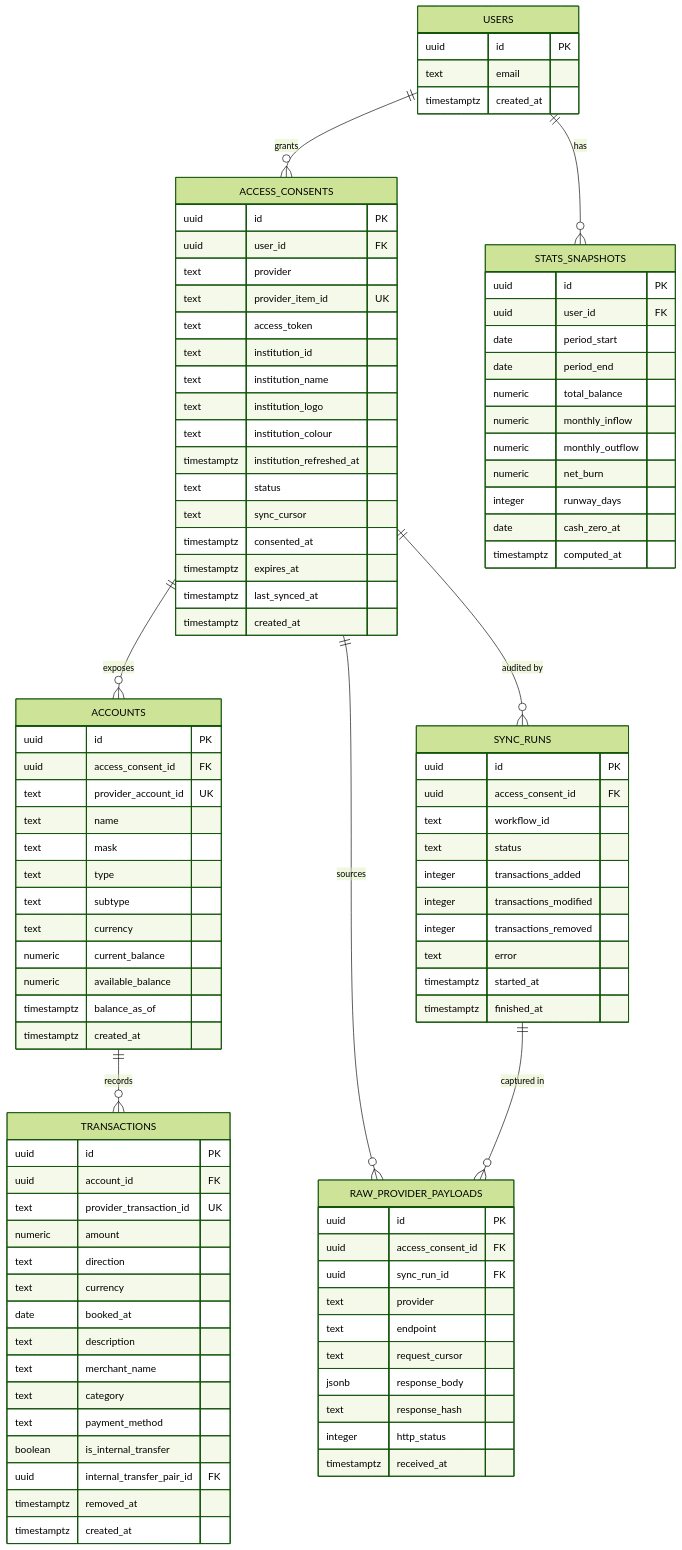
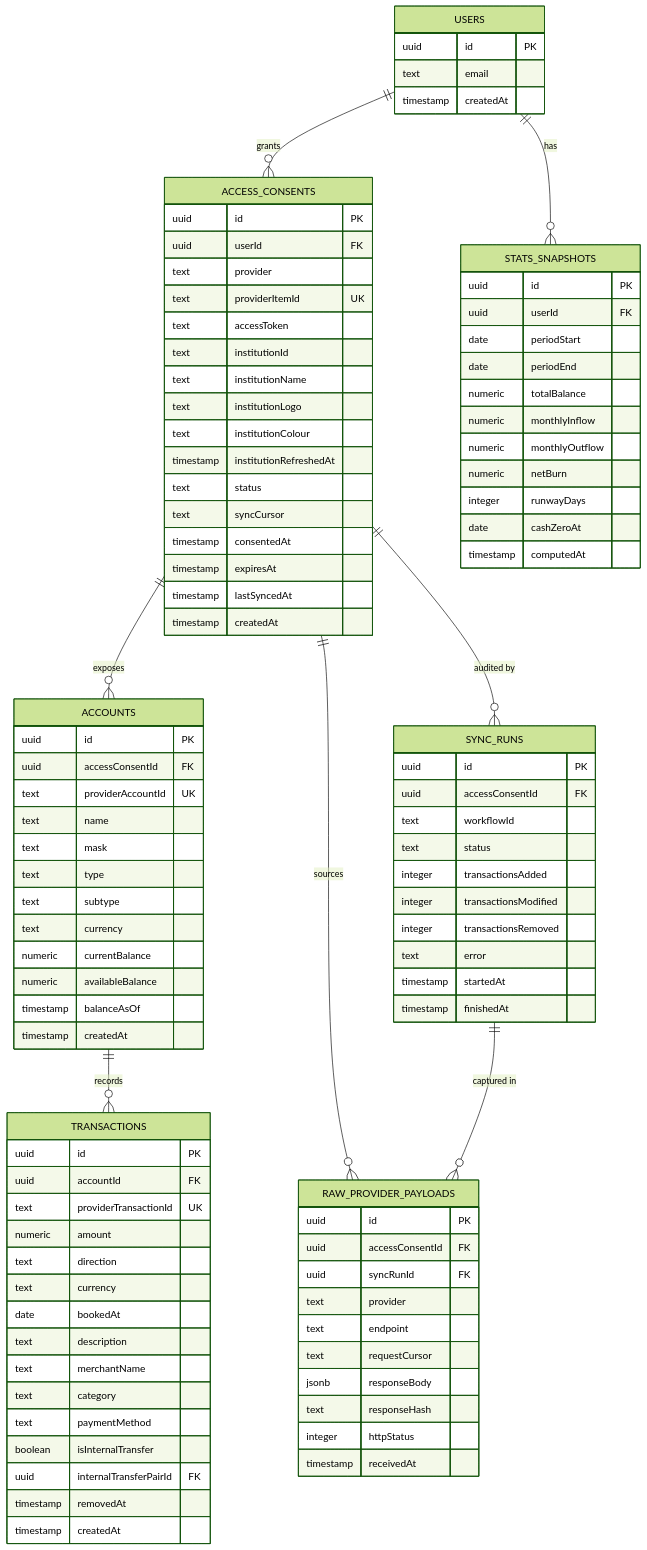
The diagram in SCHEMA.md (ahmadAlMezaal/coffer), drawn with Mermaid (forest theme) before and after one commit. The commit also changed other lines of this file and 22 other files, not shown here.

First line of the commit message:
fix: count only cash towards the balance, and the runway that follows from it (#5)

````diff
--- a/SCHEMA.md
+++ b/SCHEMA.md
@@ -18,98 +18,98 @@
     USERS {
         uuid id PK
         text email
-        timestamptz created_at
+        timestamp createdAt
     }
 
     ACCESS_CONSENTS {
         uuid id PK
-        uuid user_id FK
+        uuid userId FK
         text provider
-        text provider_item_id UK
-        text access_token
-        text institution_id
-        text institution_name
-        text institution_logo
-        text institution_colour
-        timestamptz institution_refreshed_at
+        text providerItemId UK
+        text accessToken
+        text institutionId
+        text institutionName
+        text institutionLogo
+        text institutionColour
+        timestamp institutionRefreshedAt
         text status
-        text sync_cursor
-        timestamptz consented_at
-        timestamptz expires_at
-        timestamptz last_synced_at
-        timestamptz created_at
+        text syncCursor
+        timestamp consentedAt
+        timestamp expiresAt
+        timestamp lastSyncedAt
+        timestamp createdAt
     }
 
     ACCOUNTS {
         uuid id PK
-        uuid access_consent_id FK
-        text provider_account_id UK
+        uuid accessConsentId FK
+        text providerAccountId UK
         text name
         text mask
         text type
         text subtype
         text currency
-        numeric current_balance
-        numeric available_balance
-        timestamptz balance_as_of
-        timestamptz created_at
+        numeric currentBalance
+        numeric availableBalance
+        timestamp balanceAsOf
+        timestamp createdAt
     }
 
     TRANSACTIONS {
         uuid id PK
-        uuid account_id FK
-        text provider_transaction_id UK
+        uuid accountId FK
+        text providerTransactionId UK
         numeric amount
         text direction
         text currency
-        date booked_at
+        date bookedAt
         text description
-        text merchant_name
+        text merchantName
         text category
-        text payment_method
-        boolean is_internal_transfer
-        uuid internal_transfer_pair_id FK
-        timestamptz removed_at
-        timestamptz created_at
+        text paymentMethod
+        boolean isInternalTransfer
+        uuid internalTransferPairId FK
+        timestamp removedAt
+        timestamp createdAt
     }
 
     STATS_SNAPSHOTS {
         uuid id PK
-        uuid user_id FK
-        date period_start
-        date period_end
-        numeric total_balance
-        numeric monthly_inflow
-        numeric monthly_outflow
-        numeric net_burn
-        integer runway_days
-        date cash_zero_at
-        timestamptz computed_at
+        uuid userId FK
+        date periodStart
+        date periodEnd
+        numeric totalBalance
+        numeric monthlyInflow
+        numeric monthlyOutflow
+        numeric netBurn
+        integer runwayDays
+        date cashZeroAt
+        timestamp computedAt
     }
 
     RAW_PROVIDER_PAYLOADS {
         uuid id PK
-        uuid access_consent_id FK
-        uuid sync_run_id FK
+        uuid accessConsentId FK
+        uuid syncRunId FK
         text provider
         text endpoint
-        text request_cursor
-        jsonb response_body
-        text response_hash
-        integer http_status
-        timestamptz received_at
+        text requestCursor
+        jsonb responseBody
+        text responseHash
+        integer httpStatus
+        timestamp receivedAt
     }
 
     SYNC_RUNS {
         uuid id PK
-        uuid access_consent_id FK
-        text workflow_id
+        uuid accessConsentId FK
+        text workflowId
         text status
-        integer transactions_added
-        integer transactions_modified
-        integer transactions_removed
+        integer transactionsAdded
+        integer transactionsModified
+        integer transactionsRemoved
         text error
-        timestamptz started_at
-        timestamptz finished_at
+        timestamp startedAt
+        timestamp finishedAt
     }
 ```
````
